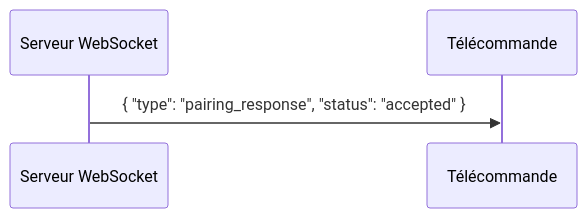
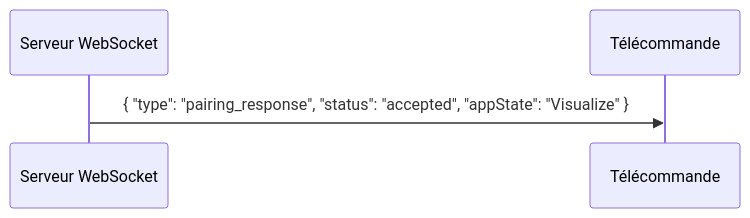
One commit to JMBaubet/VisuGPS changed the third of 8 diagrams in documentation/remote_interface_spec.md. Above: the diagram before and after it, drawn with Mermaid. The commit also changed other lines of this file and 1 other file, not shown here.

````diff
--- a/documentation/remote_interface_spec.md
+++ b/documentation/remote_interface_spec.md
@@ -102,6 +106,6 @@
     ```mermaid
     sequenceDiagram
         participant Server as Serveur WebSocket
         participant Client as Télécommande
-        Server->>Client: { "type": "pairing_response", "status": "accepted" }
+        Server->>Client: { "type": "pairing_response", "status": "accepted", "appState": "Visualize" }
     ```
````
